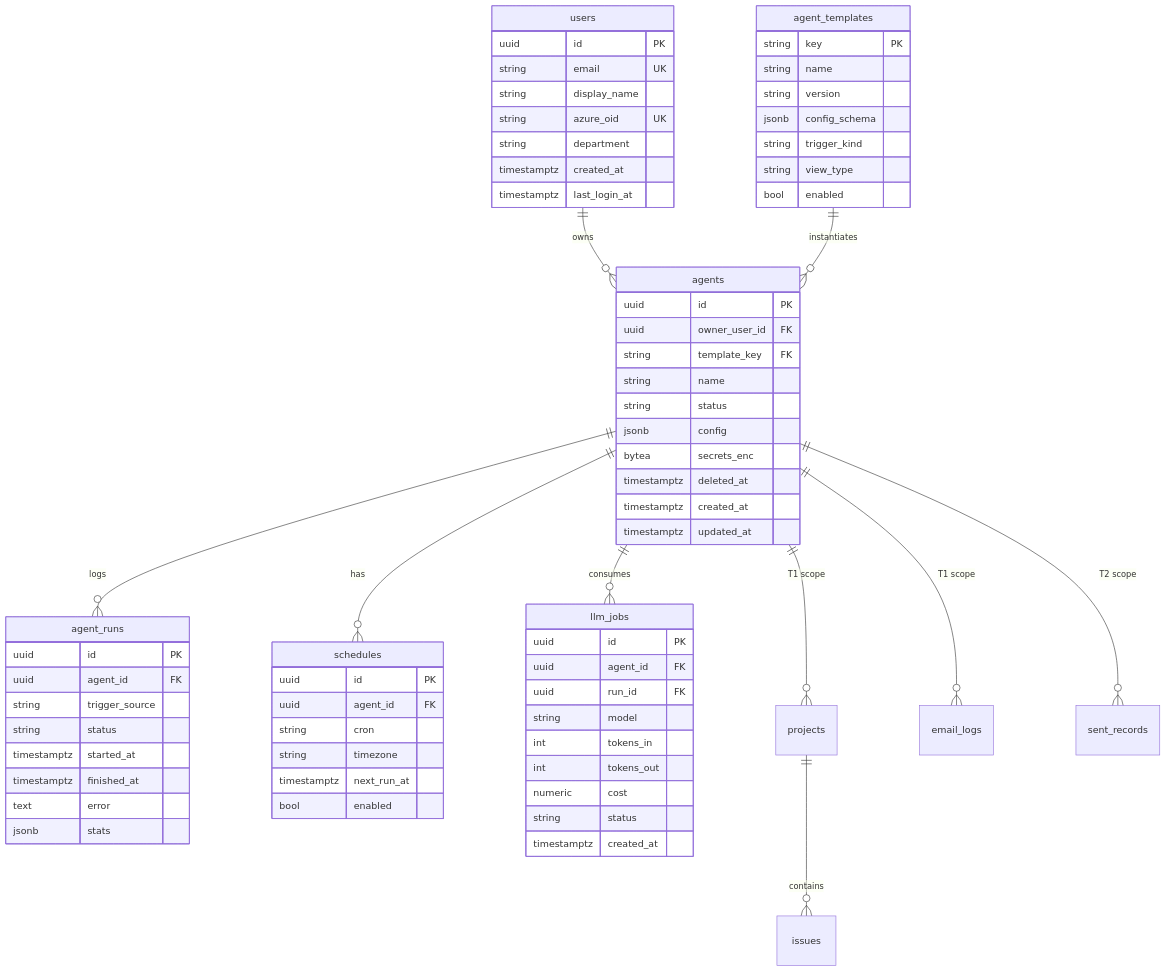
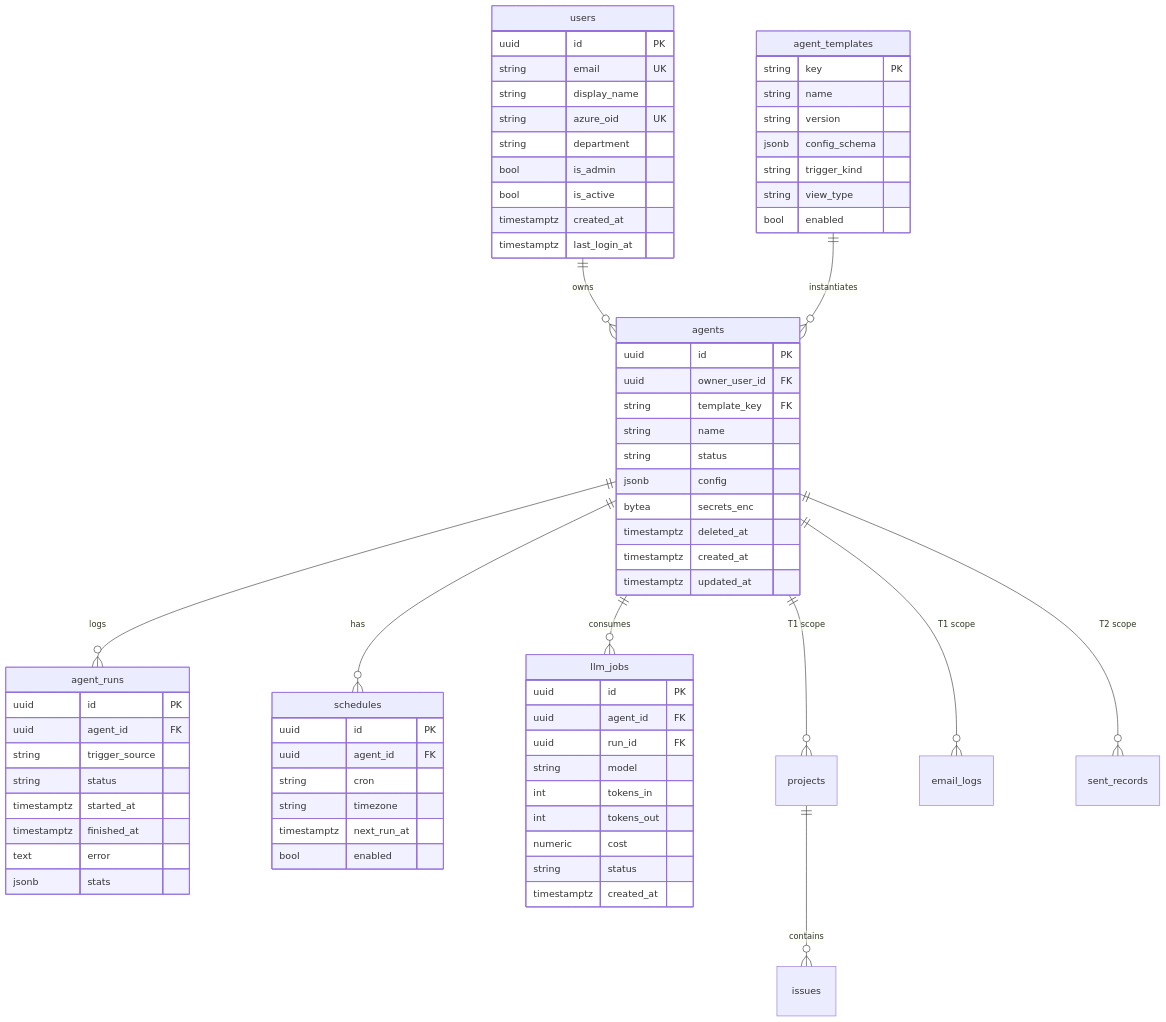
The diagram in docs/03-data-model.md (llsollu/llsollu-email-agent), drawn with Mermaid before and after one commit. The commit also changed other lines of this file and 7 other files, not shown here.

````diff
--- a/docs/03-data-model.md
+++ b/docs/03-data-model.md
@@ -7,72 +7,74 @@
 ```mermaid
 erDiagram
     users ||--o{ agents : owns
     agent_templates ||--o{ agents : instantiates
     agents ||--o{ agent_runs : logs
     agents ||--o{ schedules : has
     agents ||--o{ llm_jobs : consumes
     agents ||--o{ projects : "T1 scope"
     projects ||--o{ issues : contains
     agents ||--o{ email_logs : "T1 scope"
     agents ||--o{ sent_records : "T2 scope"
 
     users {
         uuid id PK
         string email UK
         string display_name
         string azure_oid UK
         string department
+        bool is_admin
+        bool is_active
         timestamptz created_at
         timestamptz last_login_at
     }
     agent_templates {
         string key PK
         string name
         string version
         jsonb config_schema
         string trigger_kind
         string view_type
         bool enabled
     }
     agents {
         uuid id PK
         uuid owner_user_id FK
         string template_key FK
         string name
         string status
         jsonb config
         bytea secrets_enc
         timestamptz deleted_at
         timestamptz created_at
         timestamptz updated_at
     }
     agent_runs {
         uuid id PK
         uuid agent_id FK
         string trigger_source
         string status
         timestamptz started_at
         timestamptz finished_at
         text error
         jsonb stats
     }
     schedules {
         uuid id PK
         uuid agent_id FK
         string cron
         string timezone
         timestamptz next_run_at
         bool enabled
     }
     llm_jobs {
         uuid id PK
         uuid agent_id FK
         uuid run_id FK
         string model
         int tokens_in
         int tokens_out
         numeric cost
         string status
         timestamptz created_at
     }
 ```
````
